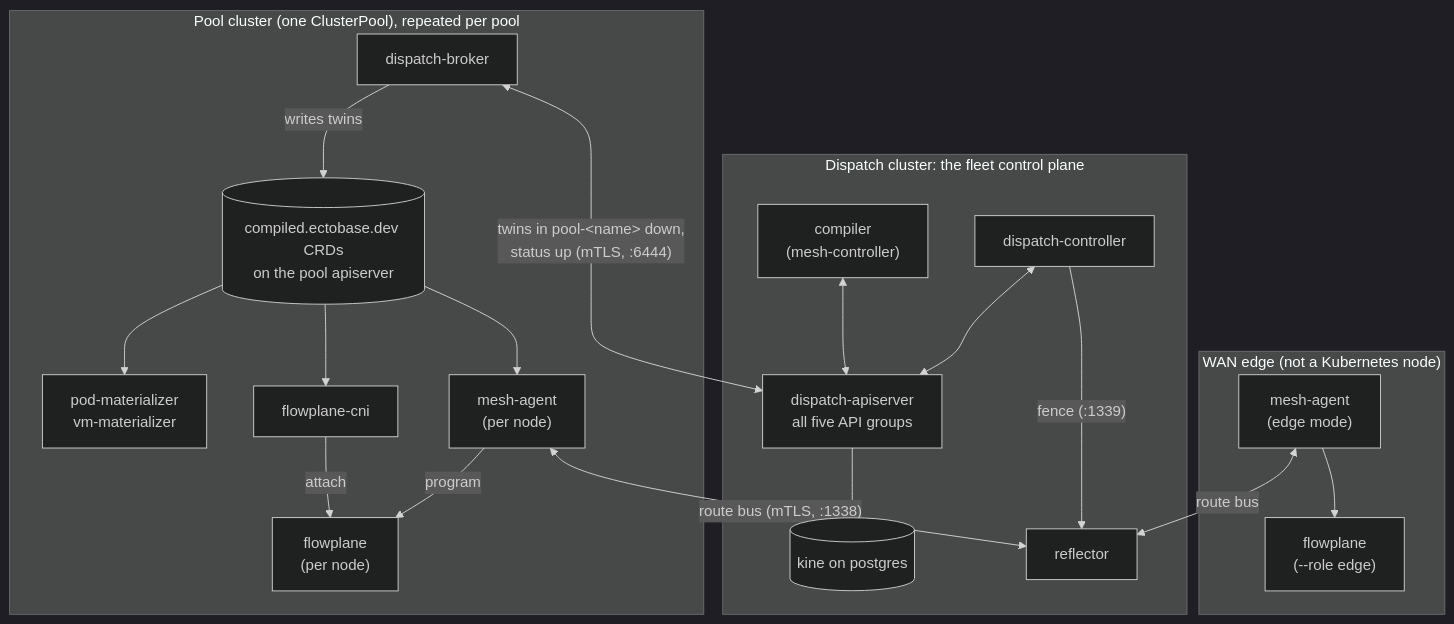
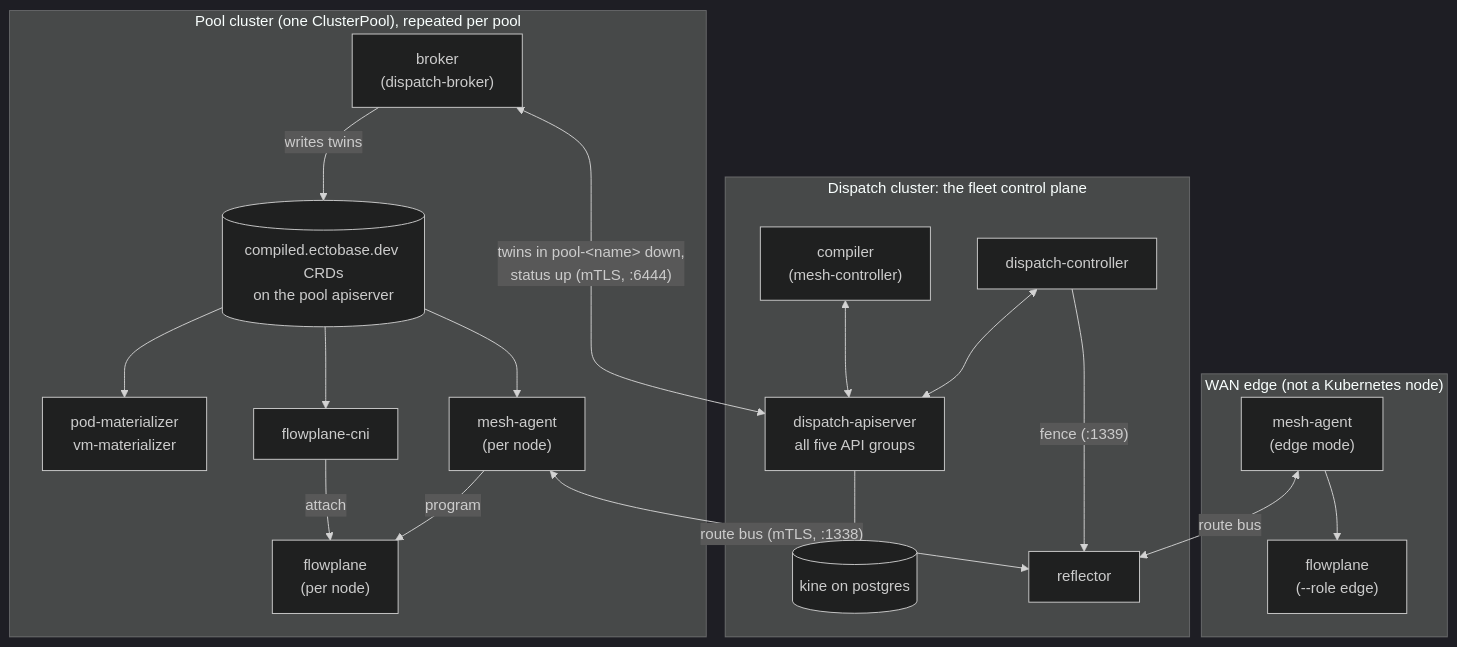
Before and after one commit to trevex/ectobase: the first of 3 diagrams in docs/concepts/fleet.md, drawn with Mermaid (dark theme). The commit also changed other lines of this file and 40 other files, not shown here.

````diff
--- a/docs/concepts/fleet.md
+++ b/docs/concepts/fleet.md
@@ -8,39 +8,39 @@
 ```mermaid
 flowchart TB
     subgraph dispatch["Dispatch cluster: the fleet control plane"]
         api["dispatch-apiserver<br/>all five API groups"]
         store[("kine on postgres")]
         compiler["compiler<br/>(mesh-controller)"]
         dctl["dispatch-controller"]
         refl["reflector"]
         api --- store
         compiler <--> api
         dctl <--> api
     end
 
     subgraph pool["Pool cluster (one ClusterPool), repeated per pool"]
-        broker["dispatch-broker"]
+        broker["broker<br/>(dispatch-broker)"]
         crds[("compiled.ectobase.dev CRDs<br/>on the pool apiserver")]
         mat["pod-materializer<br/>vm-materializer"]
         cni["flowplane-cni"]
         agent["mesh-agent<br/>(per node)"]
         fp["flowplane<br/>(per node)"]
         broker -->|writes twins| crds
         crds --> mat
         crds --> agent
         crds --> cni
         cni -->|attach| fp
         agent -->|program| fp
     end
 
     subgraph edge["WAN edge (not a Kubernetes node)"]
         eagent["mesh-agent<br/>(edge mode)"]
         efp["flowplane<br/>(--role edge)"]
         eagent --> efp
     end
 
     broker <-->|"twins in pool-&lt;name&gt; down,<br/>status up (mTLS, :6444)"| api
     agent <-->|"route bus (mTLS, :1338)"| refl
     eagent <-->|route bus| refl
     dctl -->|"fence (:1339)"| refl
 ```
````
